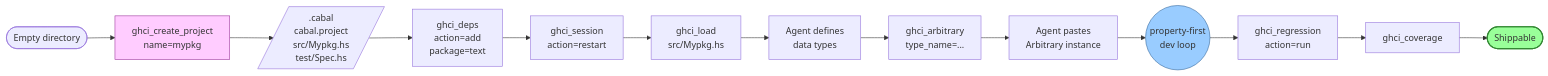
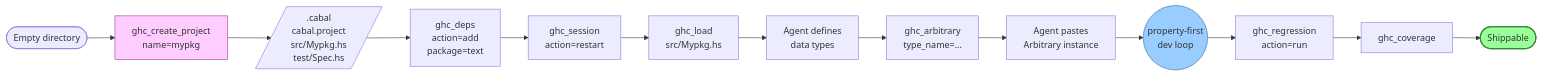
The second of 4 diagrams in docs/flows.md (damian-rafael-lattenero/haskell-rules-and-mcp), drawn with Mermaid before and after one commit. The commit also changed other lines of this file and 110 other files, not shown here.

````diff
--- a/docs/flows.md
+++ b/docs/flows.md
@@ -59,22 +59,22 @@
 ```mermaid
 flowchart LR
-    empty([Empty directory]) --> create[ghci_create_project<br/>name=mypkg]
+    empty([Empty directory]) --> create[ghc_create_project<br/>name=mypkg]
     create --> files[/.cabal<br/>cabal.project<br/>src/Mypkg.hs<br/>test/Spec.hs/]
 
-    files --> deps[ghci_deps<br/>action=add<br/>package=text]
-    deps --> restart[ghci_session<br/>action=restart]
-    restart --> first[ghci_load<br/>src/Mypkg.hs]
+    files --> deps[ghc_deps<br/>action=add<br/>package=text]
+    deps --> restart[ghc_session<br/>action=restart]
+    restart --> first[ghc_load<br/>src/Mypkg.hs]
 
     first --> types[Agent defines<br/>data types]
-    types --> arb[ghci_arbitrary<br/>type_name=...]
+    types --> arb[ghc_arbitrary<br/>type_name=...]
     arb --> paste[Agent pastes<br/>Arbitrary instance]
     paste --> devloop((property-first<br/>dev loop))
 
-    devloop --> allgreen[ghci_regression<br/>action=run]
-    allgreen --> coverage[ghci_coverage]
+    devloop --> allgreen[ghc_regression<br/>action=run]
+    allgreen --> coverage[ghc_coverage]
     coverage --> ship([Shippable])
 
     style create fill:#fcf,stroke:#939
     style devloop fill:#9cf,stroke:#369
     style ship fill:#9f9,stroke:#383,stroke-width:2px
 ```
````
